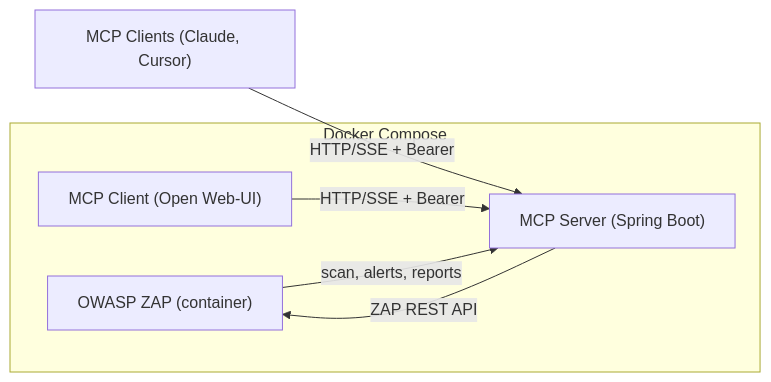
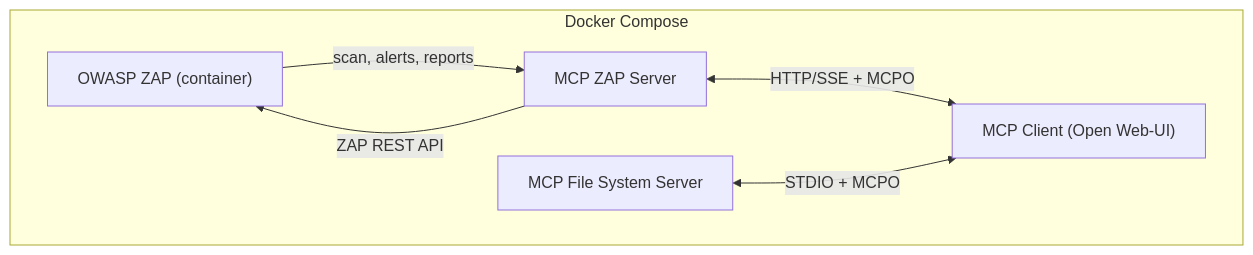
Before and after one commit to dtkmn/mcp-zap-server: the diagram in README.md, drawn with Mermaid. The commit also changed other lines of this file, not shown here.

Commit message:
README updates

````diff
--- a/README.md
+++ b/README.md
@@ -17,12 +17,14 @@
 ```mermaid
 flowchart LR
   subgraph "Docker Compose"
+    direction LR
     ZAP["OWASP ZAP (container)"]
-    MCP["MCP Server (Spring Boot)"]
+    MCPZAP["MCP ZAP Server"]
+    MCPFile["MCP File System Server"]
     Client["MCP Client (Open Web-UI)"]
   end
-  OtherClient["MCP Clients (Claude, Cursor)"] --> |HTTP/SSE + Bearer| MCP
-  Client -->|HTTP/SSE + Bearer| MCP
-  MCP -->|ZAP REST API| ZAP
-  ZAP -->|scan, alerts, reports| MCP
+  MCPZAP <-->|HTTP/SSE + MCPO| Client
+  MCPFile <-->|STDIO + MCPO| Client
+  MCPZAP -->|ZAP REST API| ZAP
+  ZAP -->|scan, alerts, reports| MCPZAP
 ```
````
